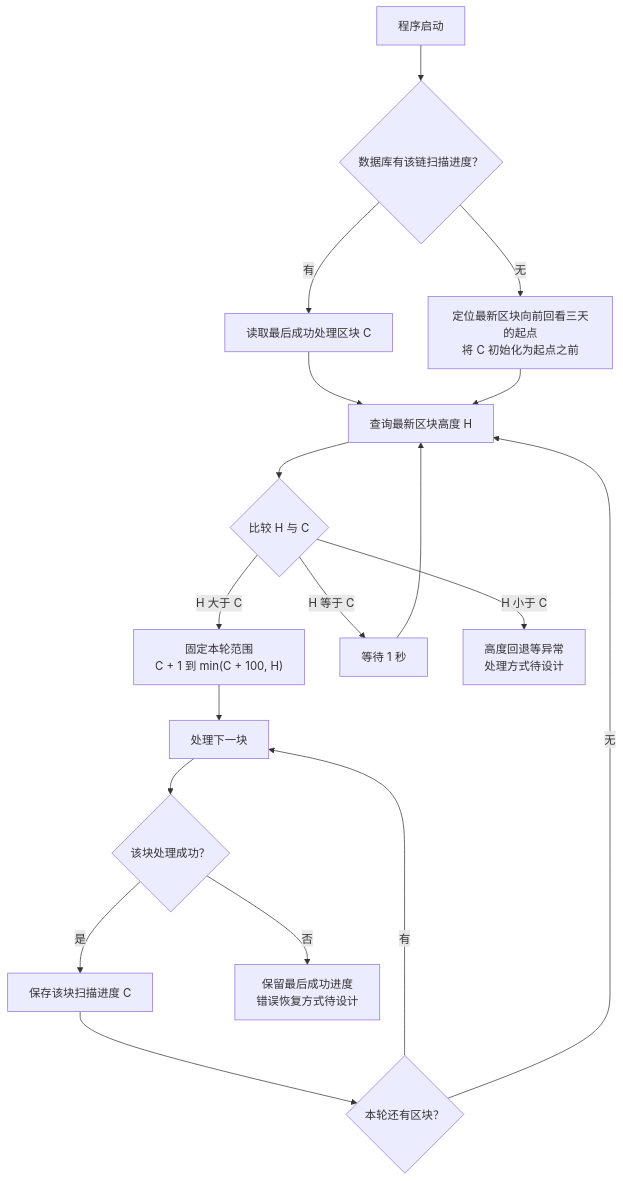
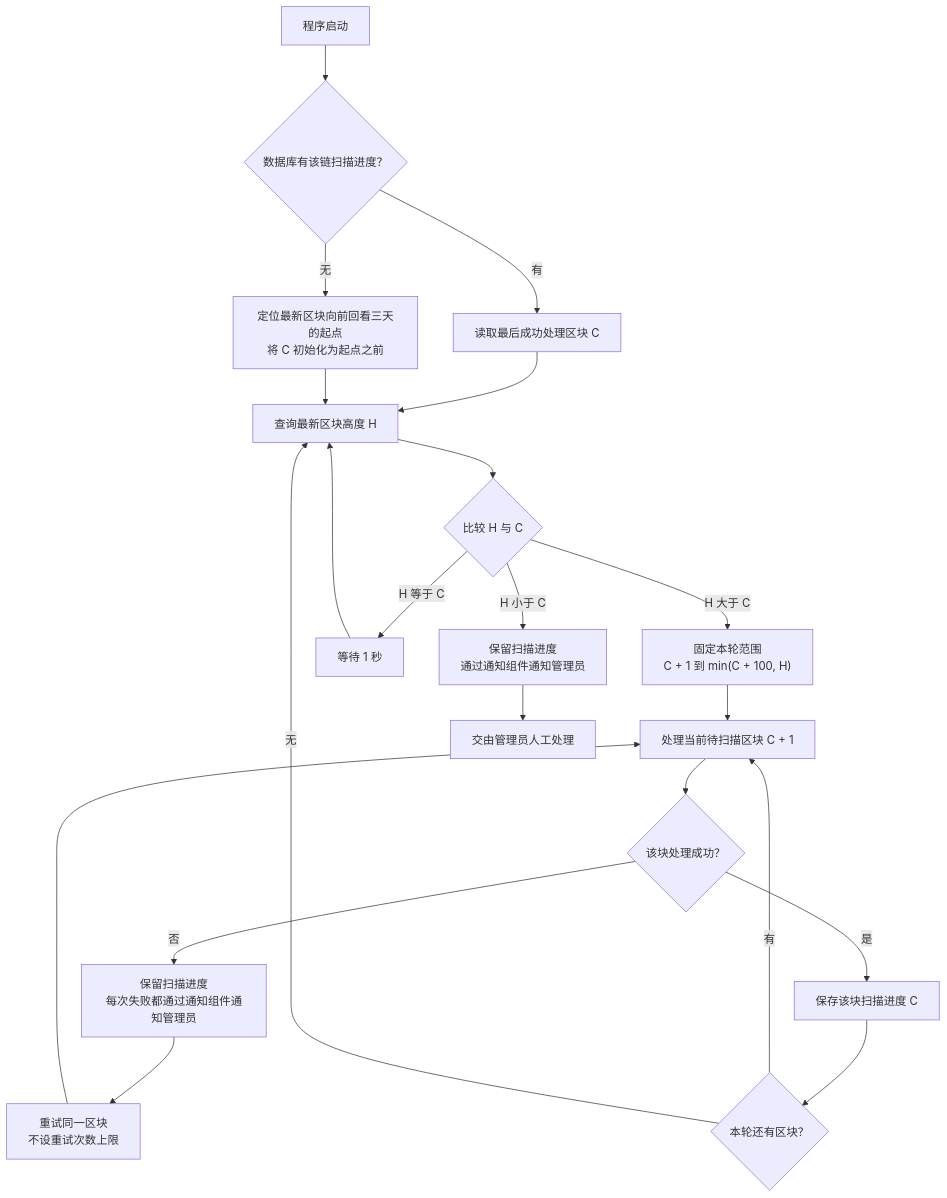
One commit to useryege/athena-o changed the second of 2 diagrams in docs/project/token.md. Above: the diagram before and after it, drawn with Mermaid. The commit also changed other lines of this file and 1 other file, not shown here.

````diff
--- a/docs/project/token.md
+++ b/docs/project/token.md
@@ -88,20 +89,23 @@
 ```mermaid
 flowchart TD
     start["程序启动"] --> saved{"数据库有该链扫描进度？"}
     saved -->|"有"| resume["读取最后成功处理区块 C"]
     saved -->|"无"| initialize["定位最新区块向前回看三天的起点<br/>将 C 初始化为起点之前"]
     resume --> head["查询最新区块高度 H"]
     initialize --> head
     head --> compare{"比较 H 与 C"}
     compare -->|"H 大于 C"| batch["固定本轮范围<br/>C + 1 到 min(C + 100, H)"]
-    batch --> block["处理下一块"]
+    batch --> block["处理当前待扫描区块 C + 1"]
     block --> outcome{"该块处理成功？"}
     outcome -->|"是"| persist["保存该块扫描进度 C"]
-    outcome -->|"否"| failure["保留最后成功进度<br/>错误恢复方式待设计"]
+    outcome -->|"否"| failure["保留扫描进度<br/>每次失败都通过通知组件通知管理员"]
+    failure --> retry["重试同一区块<br/>不设重试次数上限"]
+    retry --> block
     persist --> remaining{"本轮还有区块？"}
     remaining -->|"有"| block
     remaining -->|"无"| head
     compare -->|"H 等于 C"| sleep["等待 1 秒"]
     sleep --> head
-    compare -->|"H 小于 C"| abnormal["高度回退等异常<br/>处理方式待设计"]
+    compare -->|"H 小于 C"| abnormal["保留扫描进度<br/>通过通知组件通知管理员"]
+    abnormal --> manual["交由管理员人工处理"]
 ```
````
